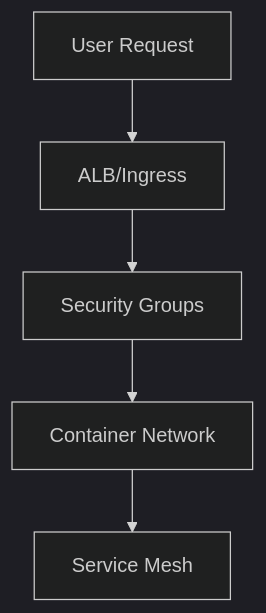
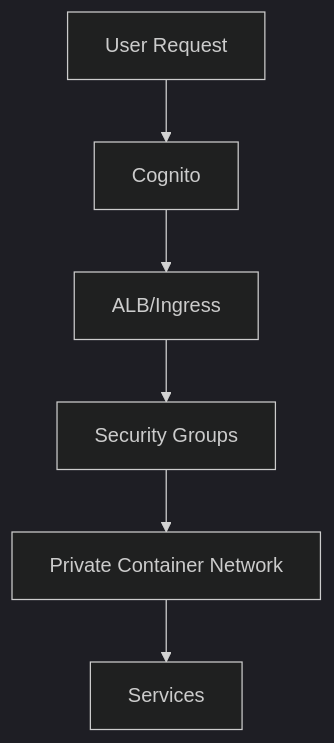
One commit to evereven-tech/horizons-omnichat changed the diagram in docs/architecture/security.md. Above: the diagram before and after it, drawn with Mermaid (dark theme). The commit also changed other lines of this file and 3 other files, not shown here.

````diff
--- a/docs/architecture/security.md
+++ b/docs/architecture/security.md
@@ -36,7 +47,8 @@
 ```mermaid
 graph TD
-    A[User Request] --> B[ALB/Ingress]
-    B --> C[Security Groups]
-    C --> D[Container Network]
-    D --> E[Service Mesh]
+    A[User Request] --> B[Cognito] 
+    B --> C[ALB/Ingress]
+    C --> D[Security Groups]
+    D --> E[Private Container Network]
+    E --> F[Services]
 ```
````
